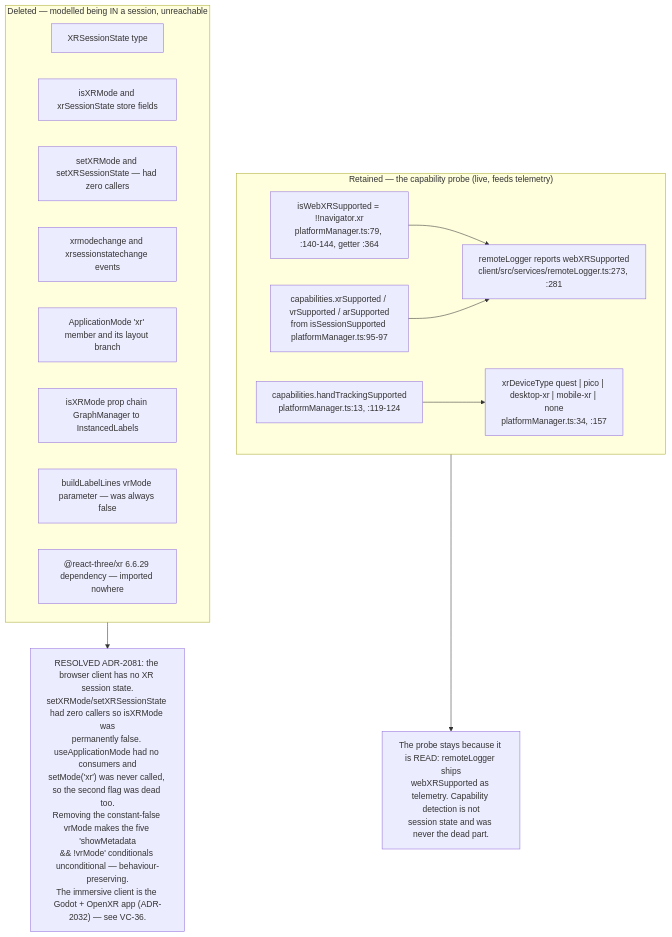
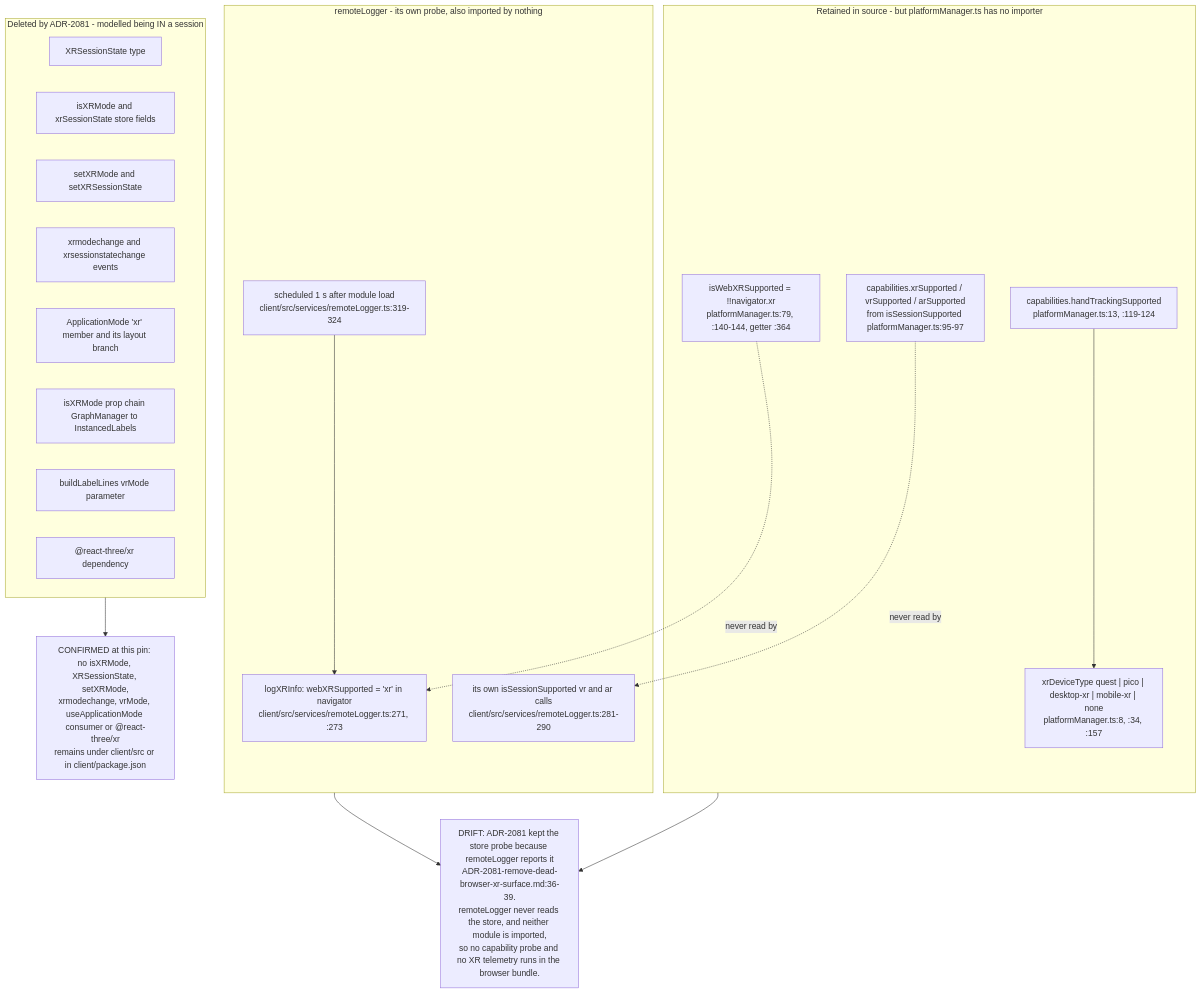
Before and after one commit to DreamLab-AI/VisionFlow: the second of 11 diagrams in docs/diagrams/visionclaw/37-browser-xr-and-desktop-input.md, drawn with Mermaid. The commit also changed other lines of this file and 173 other files, not shown here.

````diff
--- a/docs/diagrams/visionclaw/37-browser-xr-and-desktop-input.md
+++ b/docs/diagrams/visionclaw/37-browser-xr-and-desktop-input.md
@@ -87,27 +100,33 @@
 ```mermaid
 flowchart TB
-    subgraph kept["Retained — the capability probe (live, feeds telemetry)"]
+    subgraph kept["Retained in source - but platformManager.ts has no importer"]
         K1["isWebXRSupported = !!navigator.xr<br/>platformManager.ts:79, :140-144, getter :364"]
         K2["capabilities.xrSupported / vrSupported / arSupported<br/>from isSessionSupported platformManager.ts:95-97"]
         K3["capabilities.handTrackingSupported<br/>platformManager.ts:13, :119-124"]
-        K4["xrDeviceType quest | pico | desktop-xr | mobile-xr | none<br/>platformManager.ts:34, :157"]
-        K5["remoteLogger reports webXRSupported<br/>client/src/services/remoteLogger.ts:273, :281"]
+        K4["xrDeviceType quest | pico | desktop-xr | mobile-xr | none<br/>platformManager.ts:8, :34, :157"]
     end
-    subgraph gone["Deleted — modelled being IN a session, unreachable"]
+    subgraph tel["remoteLogger - its own probe, also imported by nothing"]
+        T1["logXRInfo: webXRSupported = 'xr' in navigator<br/>client/src/services/remoteLogger.ts:271, :273"]
+        T2["its own isSessionSupported vr and ar calls<br/>client/src/services/remoteLogger.ts:281-290"]
+        T3["scheduled 1 s after module load<br/>client/src/services/remoteLogger.ts:319-324"]
+    end
+    subgraph gone["Deleted by ADR-2081 - modelled being IN a session"]
         G1["XRSessionState type"]
         G2["isXRMode and xrSessionState store fields"]
-        G3["setXRMode and setXRSessionState — had zero callers"]
+        G3["setXRMode and setXRSessionState"]
         G4["xrmodechange and xrsessionstatechange events"]
         G5["ApplicationMode 'xr' member and its layout branch"]
         G6["isXRMode prop chain GraphManager to InstancedLabels"]
-        G7["buildLabelLines vrMode parameter — was always false"]
-        G8["@react-three/xr 6.6.29 dependency — imported nowhere"]
+        G7["buildLabelLines vrMode parameter"]
+        G8["@react-three/xr dependency"]
     end
-    K1 --> K5
-    K2 --> K5
+    K1 -.->|"never read by"| T1
+    K2 -.->|"never read by"| T2
+    T3 --> T1
     K3 --> K4
     gone --> R1
-    R1["RESOLVED ADR-2081: the browser client has no XR session state.<br/>setXRMode/setXRSessionState had zero callers so isXRMode was<br/>permanently false. useApplicationMode had no consumers and<br/>setMode('xr') was never called, so the second flag was dead too.<br/>Removing the constant-false vrMode makes the five 'showMetadata<br/>&& !vrMode' conditionals unconditional — behaviour-preserving.<br/>The immersive client is the Godot + OpenXR app (ADR-2032) — see VC-36."]
+    R1["CONFIRMED at this pin: no isXRMode, XRSessionState, setXRMode,<br/>xrmodechange, vrMode, useApplicationMode consumer or @react-three/xr<br/>remains under client/src or in client/package.json"]
     kept --> R2
-    R2["The probe stays because it is READ: remoteLogger ships<br/>webXRSupported as telemetry. Capability detection is not<br/>session state and was never the dead part."]
+    tel --> R2
+    R2["DRIFT: ADR-2081 kept the store probe because remoteLogger reports it<br/>ADR-2081-remove-dead-browser-xr-surface.md:36-39.<br/>remoteLogger never reads the store, and neither module is imported,<br/>so no capability probe and no XR telemetry runs in the browser bundle."]
 ```
````
